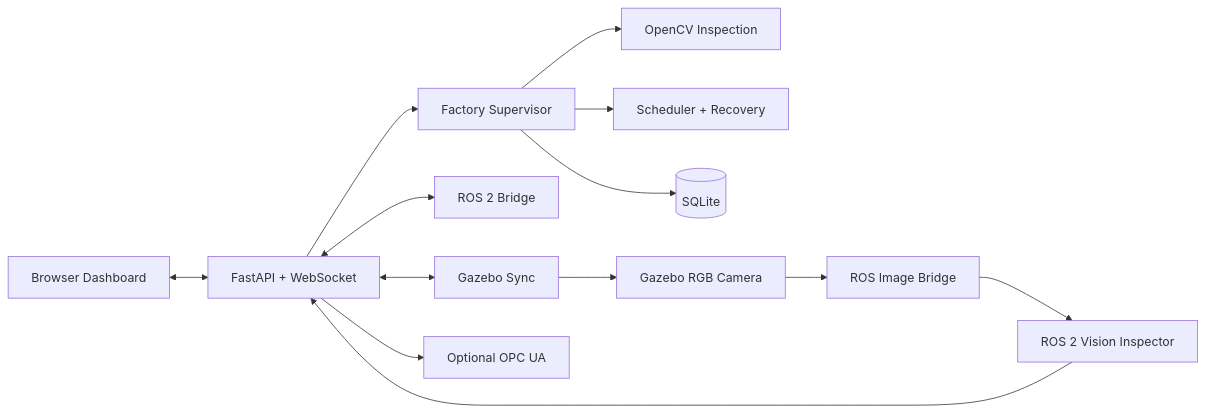
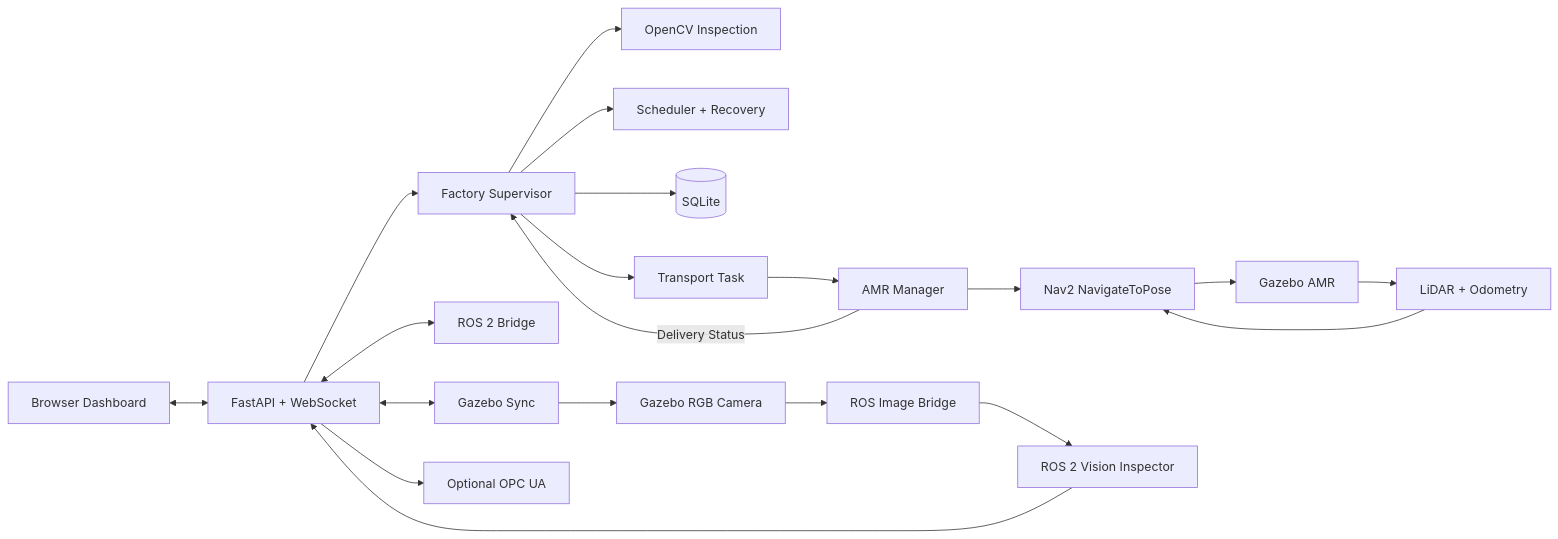
Before and after one commit to jalal006/reconfactory-digital-twin: the diagram in README.md, drawn with Mermaid. The commit also changed other lines of this file and 45 other files, not shown here.

First line of the commit message:
Add Nav2 AMR transport and optimize factory navigation

````diff
--- a/README.md
+++ b/README.md
@@ -59,15 +65,22 @@
 ```mermaid
 flowchart LR
     UI[Browser Dashboard] <--> API[FastAPI + WebSocket]
     API --> SUP[Factory Supervisor]
     SUP --> VIS[OpenCV Inspection]
     SUP --> SCH[Scheduler + Recovery]
     SUP --> DB[(SQLite)]
     API <--> ROS[ROS 2 Bridge]
     API <--> GZ[Gazebo Sync]
     GZ --> CAM[Gazebo RGB Camera]
     CAM --> ROSIMG[ROS Image Bridge]
     ROSIMG --> VISNODE[ROS 2 Vision Inspector]
     VISNODE --> API
+    SUP --> TASK[Transport Task]
+    TASK --> AMR[AMR Manager]
+    AMR --> NAV[Nav2 NavigateToPose]
+    NAV --> ROBOT[Gazebo AMR]
+    ROBOT --> SENS[LiDAR + Odometry]
+    SENS --> NAV
+    AMR -->|Delivery Status| SUP
     API --> OPC[Optional OPC UA]
 ```
````
